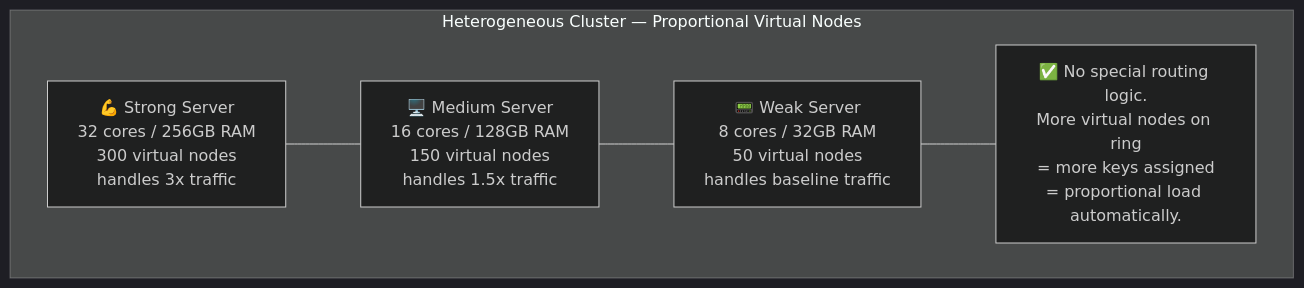
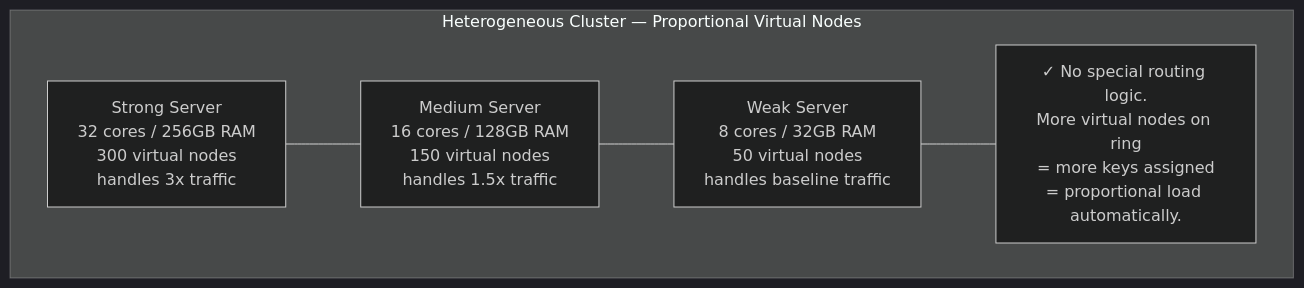
One commit to devops-monk/system-design-blog changed diagram 13 of 23 in content/posts/2026/design-consistent-hashing.md. Above: the diagram before and after it, drawn with Mermaid (dark theme). The commit also changed other lines of this file and 5 other files, not shown here.

````diff
--- a/content/posts/2026/design-consistent-hashing.md
+++ b/content/posts/2026/design-consistent-hashing.md
@@ -447,11 +487,11 @@
 ```mermaid
 graph TD
     subgraph HETERO["Heterogeneous Cluster — Proportional Virtual Nodes"]
         direction LR
-        STRONG["💪 Strong Server\n32 cores / 256GB RAM\n300 virtual nodes\nhandles 3x traffic"]
-        MEDIUM["🖥️ Medium Server\n16 cores / 128GB RAM\n150 virtual nodes\nhandles 1.5x traffic"]
-        WEAK["📟 Weak Server\n8 cores / 32GB RAM\n50 virtual nodes\nhandles baseline traffic"]
-        RULE["✅ No special routing logic.\nMore virtual nodes on ring\n= more keys assigned\n= proportional load automatically."]
+        STRONG["Strong Server\n32 cores / 256GB RAM\n300 virtual nodes\nhandles 3x traffic"]
+        MEDIUM["Medium Server\n16 cores / 128GB RAM\n150 virtual nodes\nhandles 1.5x traffic"]
+        WEAK["Weak Server\n8 cores / 32GB RAM\n50 virtual nodes\nhandles baseline traffic"]
+        RULE["✓ No special routing logic.\nMore virtual nodes on ring\n= more keys assigned\n= proportional load automatically."]
         STRONG --- MEDIUM --- WEAK --- RULE
     end
 ```
````
